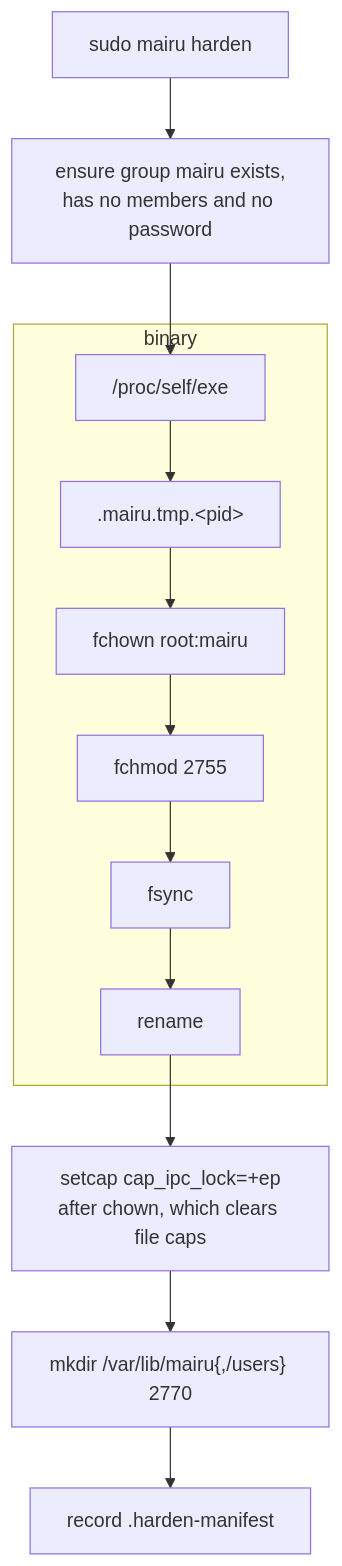
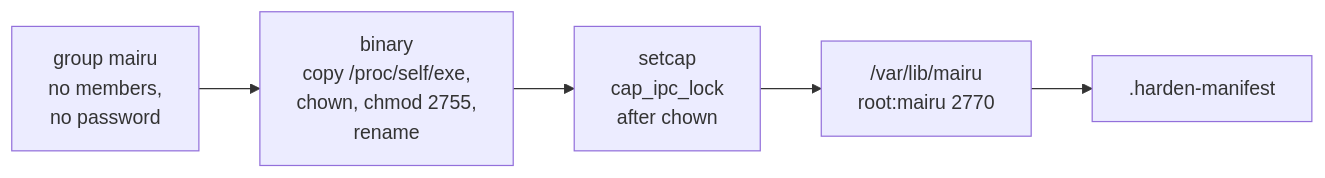
Before and after one commit to sorah/mairu: the second of 4 diagrams in docs/specs/005-install.md, drawn with Mermaid. The commit also changed other lines of this file and 17 other files, not shown here.

First line of the commit message:
docs/specs: rework diagrams and helper locations

````diff
--- a/docs/specs/005-install.md
+++ b/docs/specs/005-install.md
@@ -53,11 +55,7 @@
 ```mermaid
-flowchart TB
-  H["sudo mairu harden"] --> G["ensure group mairu exists,<br/>has no members and no password"]
-  subgraph bin["binary"]
-    C1["/proc/self/exe"] --> C2[".mairu.tmp.#lt;pid#gt;"] --> C3["fchown root:mairu"] --> C4["fchmod 2755"] --> C5["fsync"] --> C6["rename"]
-  end
-  G --> C1
-  C6 --> CAP["setcap cap_ipc_lock=+ep<br/>after chown, which clears file caps"]
-  CAP --> D["mkdir /var/lib/mairu{,/users} 2770"]
-  D --> M["record .harden-manifest"]
+flowchart LR
+  G["group mairu<br/>no members,<br/>no password"] --> B["binary<br/>copy /proc/self/exe,<br/>chown, chmod 2755,<br/>rename"]
+  B --> C["setcap<br/>cap_ipc_lock<br/>after chown"]
+  C --> D["/var/lib/mairu<br/>root:mairu 2770"]
+  D --> M[".harden-manifest"]
 ```
````
